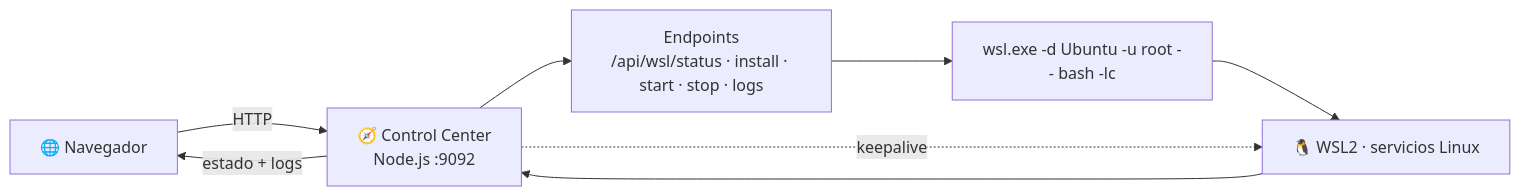
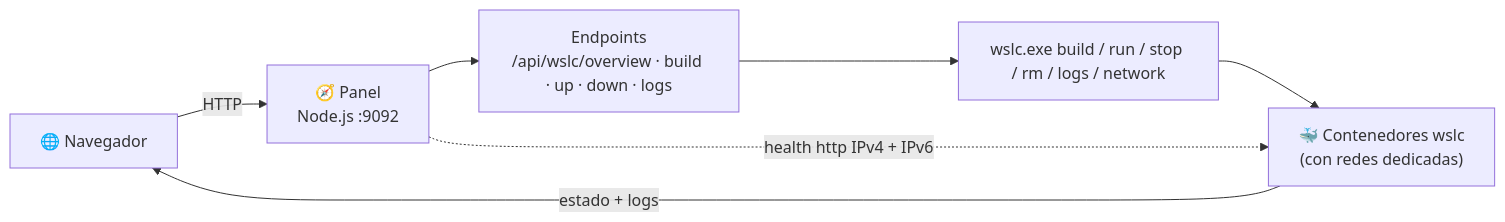
Before and after one commit to vladimiracunadev-create/wsl-labs: the first of 2 diagrams in docs/DASHBOARD_SETUP.md, drawn with Mermaid. The commit also changed other lines of this file and 90 other files, not shown here.

````diff
--- a/docs/DASHBOARD_SETUP.md
+++ b/docs/DASHBOARD_SETUP.md
@@ -25,10 +25,9 @@
 ```mermaid
 flowchart LR
-    BR["🌐 Navegador"] -->|HTTP| CC["🧭 Control Center<br/>Node.js :9092"]
-    CC --> EP["Endpoints<br/>/api/wsl/status · install · start · stop · logs"]
-    EP --> WX["wsl.exe -d Ubuntu -u root -- bash -lc"]
-    WX --> WSL["🐧 WSL2 · servicios Linux"]
-    CC -.->|keepalive| WSL
-    WSL --> CC
-    CC -->|estado + logs| BR
+    BR["🌐 Navegador"] -->|HTTP| CC["🧭 Panel<br/>Node.js :9092"]
+    CC --> EP["Endpoints<br/>/api/wslc/overview · build · up · down · logs"]
+    EP --> WX["wslc.exe build / run / stop / rm / logs / network"]
+    WX --> CT["🐳 Contenedores wslc<br/>(con redes dedicadas)"]
+    CC -.->|health http IPv4 + IPv6| CT
+    CT -->|estado + logs| BR
 ```
````
